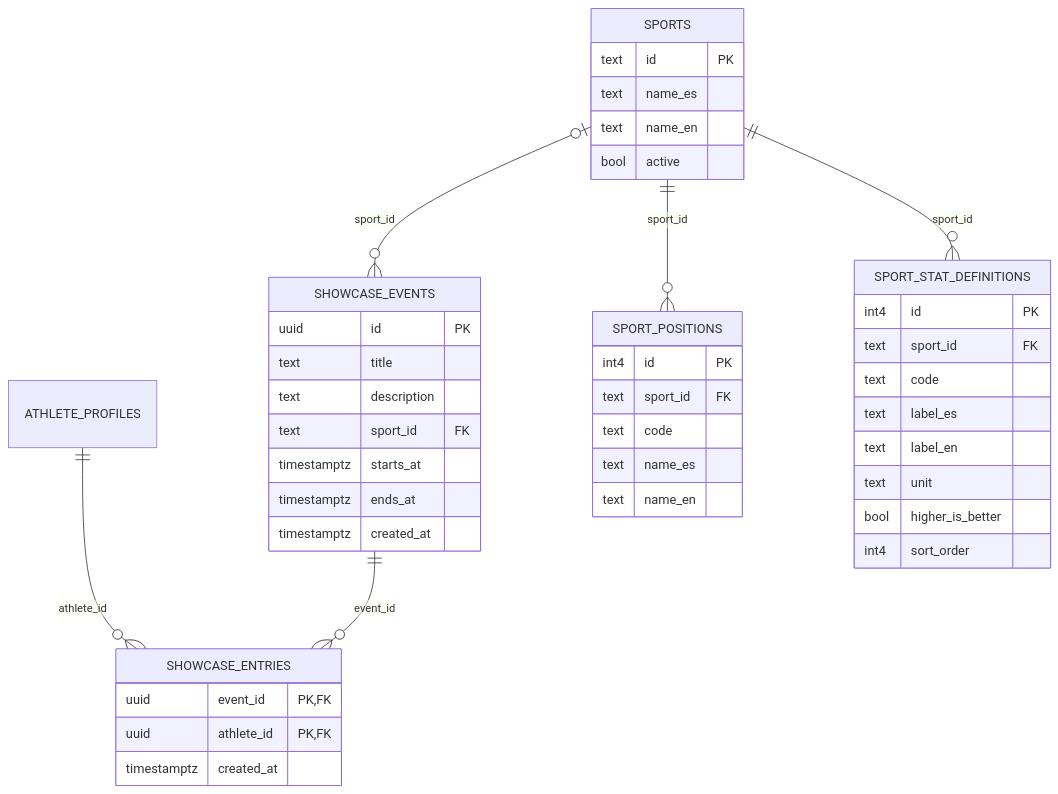
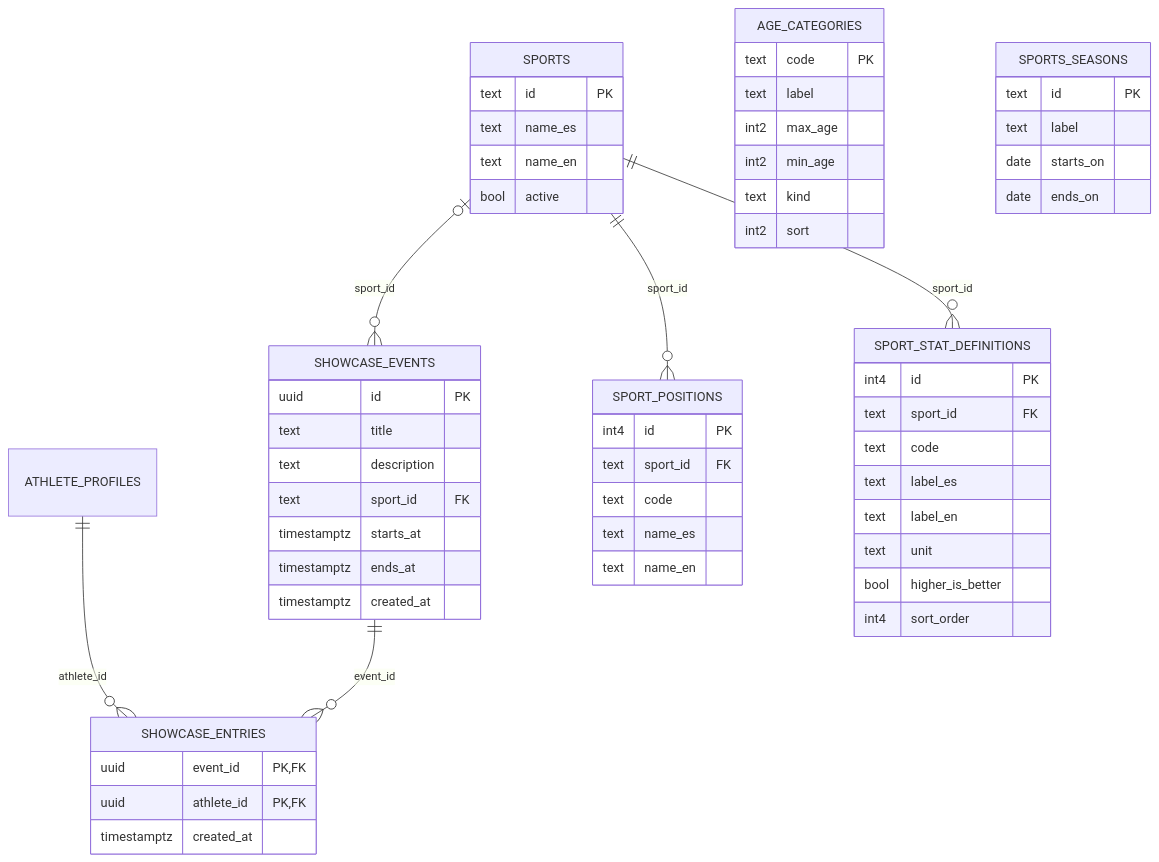
One commit to Galacamarena9/THE-GALA-ALLIANCE changed the diagram in docs/erd/04-catalogo.md. Above: the diagram before and after it, drawn with Mermaid. The commit also changed other lines of this file and 29 other files, not shown here.

````diff
--- a/docs/erd/04-catalogo.md
+++ b/docs/erd/04-catalogo.md
@@ -9,45 +9,59 @@
 ```mermaid
 erDiagram
   ATHLETE_PROFILES ||--o{ SHOWCASE_ENTRIES : "athlete_id"
   SHOWCASE_EVENTS ||--o{ SHOWCASE_ENTRIES : "event_id"
   SPORTS |o--o{ SHOWCASE_EVENTS : "sport_id"
   SPORTS ||--o{ SPORT_POSITIONS : "sport_id"
   SPORTS ||--o{ SPORT_STAT_DEFINITIONS : "sport_id"
+  AGE_CATEGORIES {
+    text code PK
+    text label
+    int2 max_age
+    int2 min_age
+    text kind
+    int2 sort
+  }
   SHOWCASE_ENTRIES {
     uuid event_id PK,FK
     uuid athlete_id PK,FK
     timestamptz created_at
   }
   SHOWCASE_EVENTS {
     uuid id PK
     text title
     text description
     text sport_id FK
     timestamptz starts_at
     timestamptz ends_at
     timestamptz created_at
   }
   SPORT_POSITIONS {
     int4 id PK
     text sport_id FK
     text code
     text name_es
     text name_en
   }
   SPORT_STAT_DEFINITIONS {
     int4 id PK
     text sport_id FK
     text code
     text label_es
     text label_en
     text unit
     bool higher_is_better
     int4 sort_order
   }
   SPORTS {
     text id PK
     text name_es
     text name_en
     bool active
   }
+  SPORTS_SEASONS {
+    text id PK
+    text label
+    date starts_on
+    date ends_on
+  }
 ```
````
